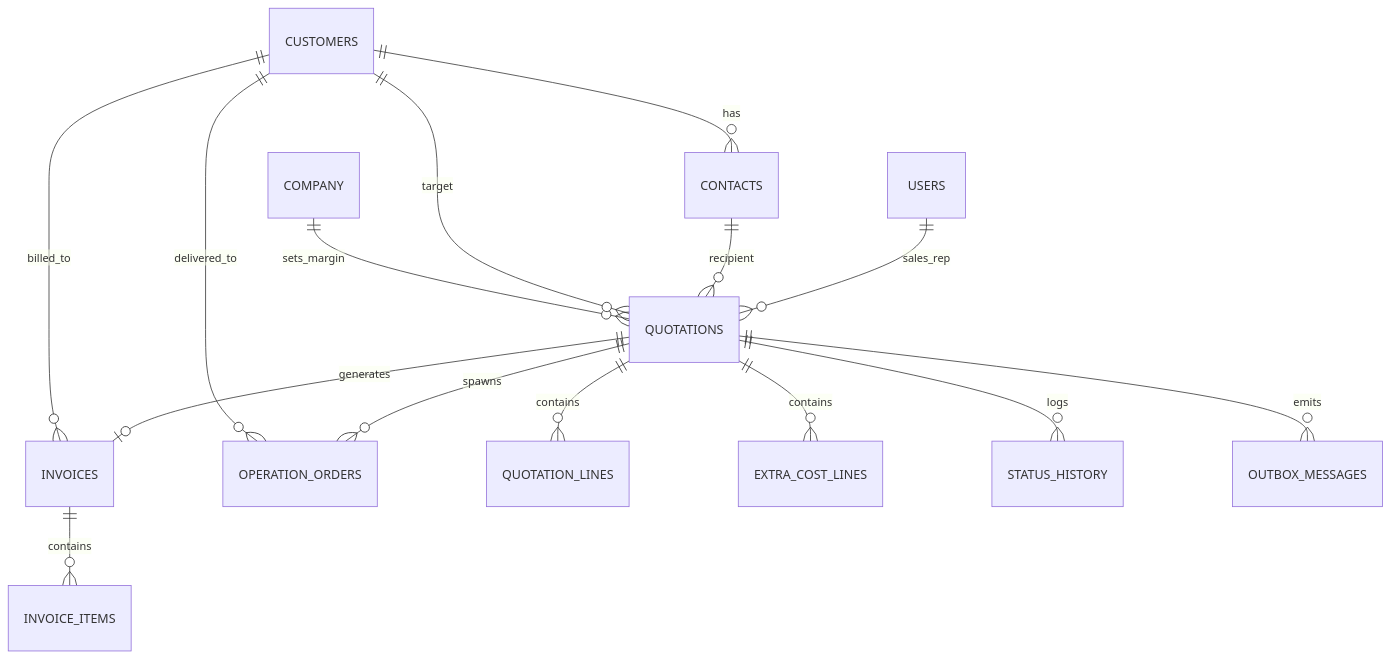
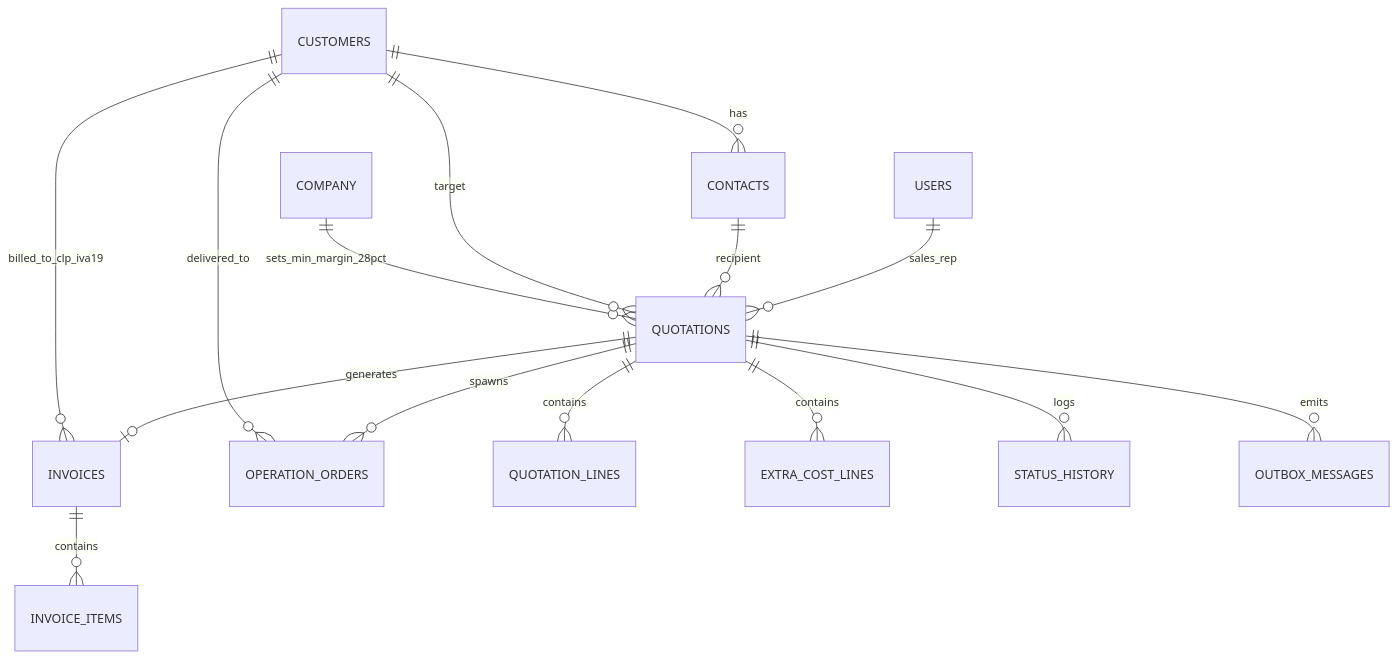
Before and after one commit to D-Araya/Cotizador_: the sixth of 6 diagrams in README.md, drawn with Mermaid. The commit also changed other lines of this file and 4 other files, not shown here.

````diff
--- a/README.md
+++ b/README.md
@@ -398,17 +412,17 @@
 ```mermaid
 erDiagram
-    COMPANY ||--o{ QUOTATIONS : sets_margin
+    COMPANY ||--o{ QUOTATIONS : sets_min_margin_28pct
     CUSTOMERS ||--o{ CONTACTS : has
     CUSTOMERS ||--o{ QUOTATIONS : target
-    CUSTOMERS ||--o{ INVOICES : billed_to
+    CUSTOMERS ||--o{ INVOICES : billed_to_clp_iva19
     CUSTOMERS ||--o{ OPERATION_ORDERS : delivered_to
     CONTACTS ||--o{ QUOTATIONS : recipient
     USERS ||--o{ QUOTATIONS : sales_rep
     QUOTATIONS ||--o{ QUOTATION_LINES : contains
     QUOTATIONS ||--o{ EXTRA_COST_LINES : contains
     QUOTATIONS ||--o{ STATUS_HISTORY : logs
     QUOTATIONS ||--o{ OUTBOX_MESSAGES : emits
     QUOTATIONS ||--o| INVOICES : generates
     QUOTATIONS ||--o{ OPERATION_ORDERS : spawns
     INVOICES ||--o{ INVOICE_ITEMS : contains
 ```
````
